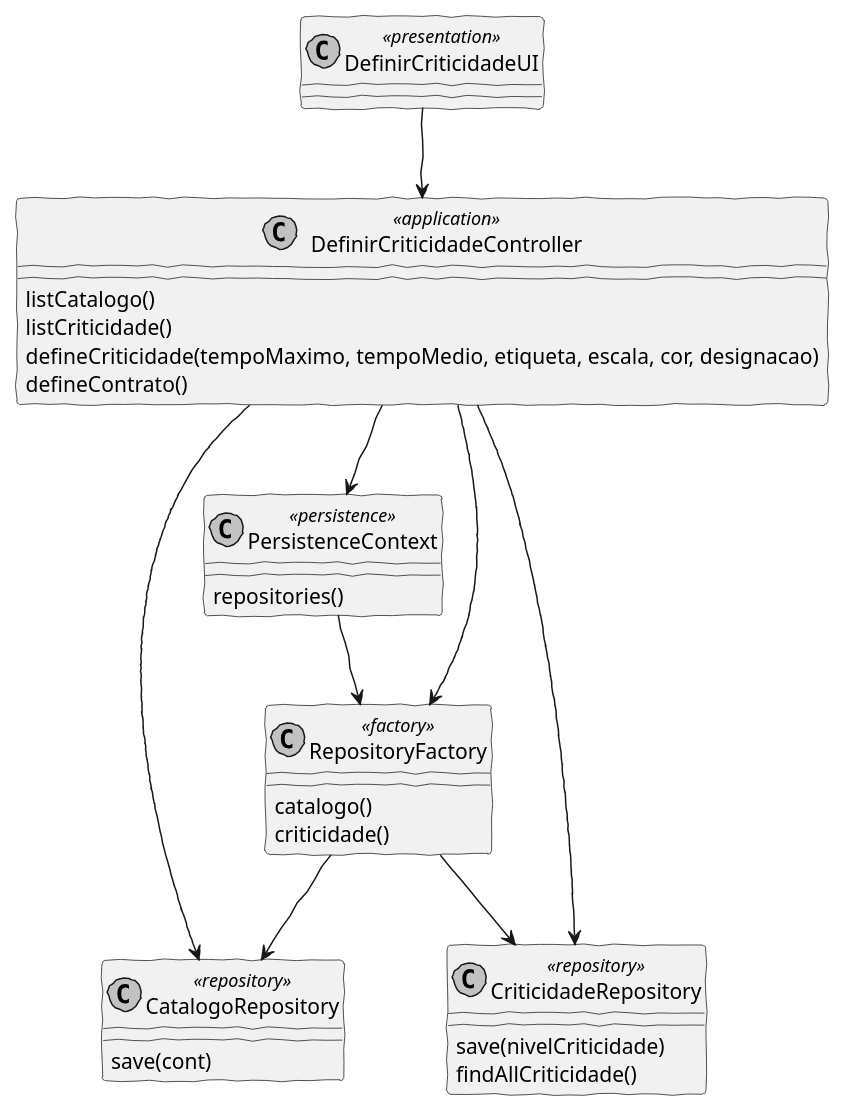
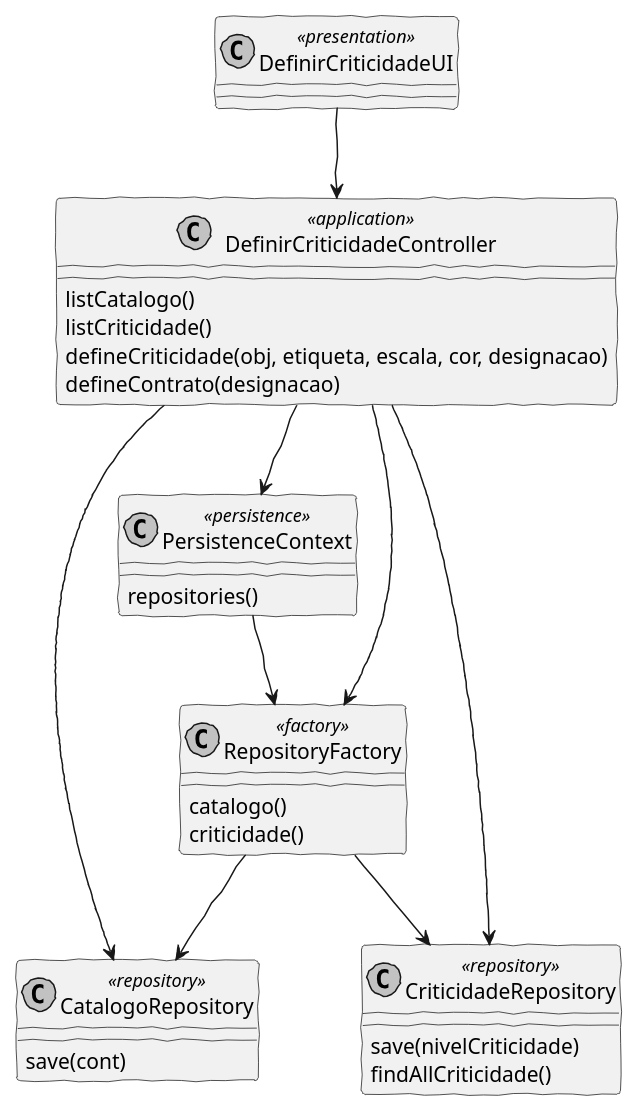
One commit to pedrolemos4/LAPR4 changed the diagram in docs/US2010/CD2010.puml. Above: the diagram before and after it, drawn with PlantUML. The commit also changed 6 other files, not shown here.

```diff
--- a/docs/US2010/CD2010.puml
+++ b/docs/US2010/CD2010.puml
@@ -1,41 +1,41 @@
 @startuml
 'http://plantuml.com/skinparam.html
 skinparam handwritten true
 skinparam monochrome true
 skinparam packageStyle rect
 skinparam defaultFontName FG Virgil
 skinparam shadowing false
 
 class DefinirCriticidadeUI <<presentation>>
 class DefinirCriticidadeController <<application>>
 class PersistenceContext <<persistence>>
 class RepositoryFactory <<factory>>
 class CatalogoRepository <<repository>>
 class CriticidadeRepository <<repository>>
 
 
 
 DefinirCriticidadeUI --> DefinirCriticidadeController
 DefinirCriticidadeController : listCatalogo()
 DefinirCriticidadeController : listCriticidade()
-DefinirCriticidadeController : defineCriticidade(tempoMaximo, tempoMedio, etiqueta, escala, cor, designacao)
-DefinirCriticidadeController : defineContrato()
+DefinirCriticidadeController : defineCriticidade(obj, etiqueta, escala, cor, designacao)
+DefinirCriticidadeController : defineContrato(designacao)
 
 DefinirCriticidadeController --> CriticidadeRepository
 DefinirCriticidadeController --> CatalogoRepository
 DefinirCriticidadeController --> PersistenceContext
 PersistenceContext : repositories()
 DefinirCriticidadeController --> RepositoryFactory
 RepositoryFactory : catalogo()
 RepositoryFactory : criticidade()
 
 PersistenceContext --> RepositoryFactory
 RepositoryFactory --> CriticidadeRepository
 RepositoryFactory --> CatalogoRepository
 
 CriticidadeRepository : save(nivelCriticidade)
 CriticidadeRepository : findAllCriticidade()
 
 CatalogoRepository : save(cont)
 
 @enduml
```
